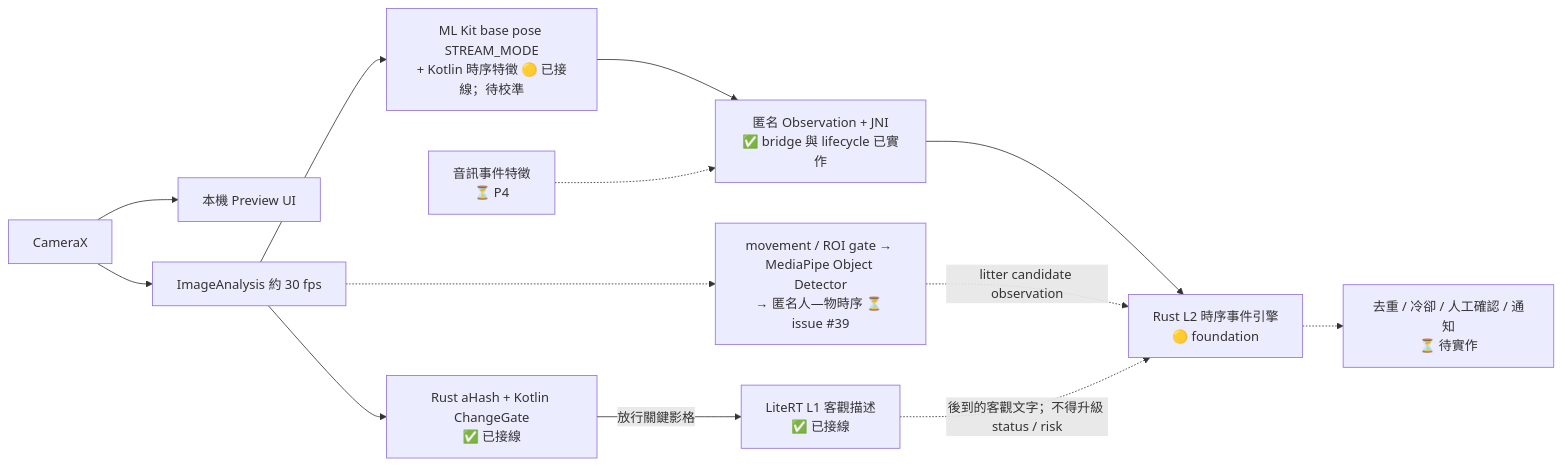
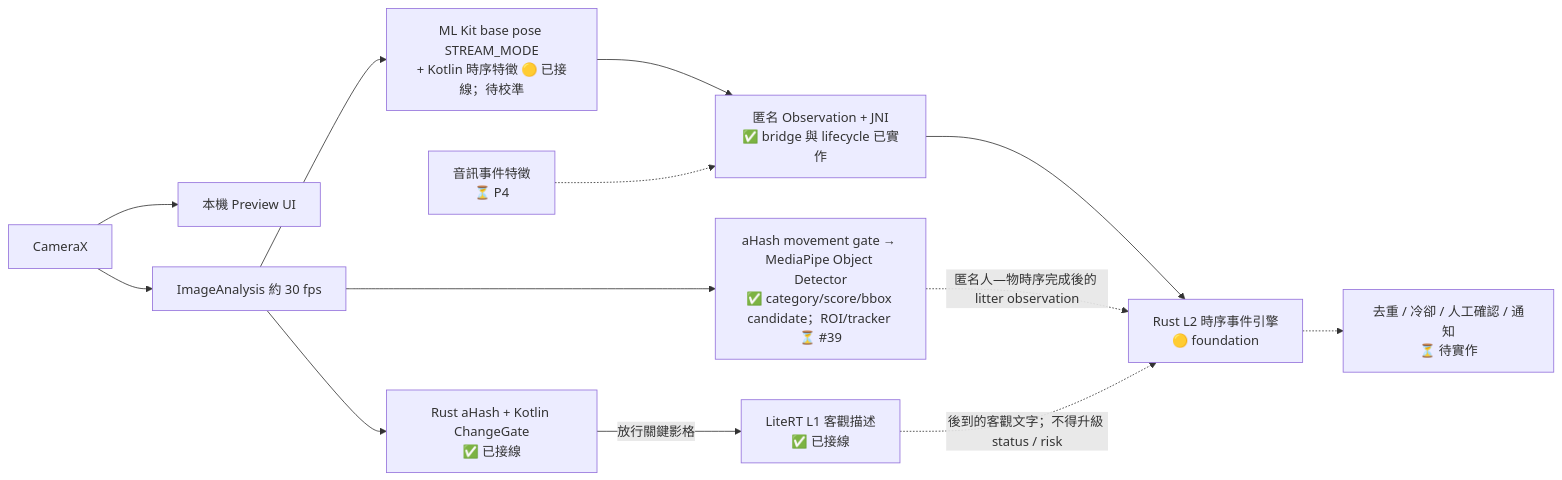
The second of 4 diagrams in README.md (TingFengChou/claustrum), drawn with Mermaid before and after one commit. The commit also changed other lines of this file and 31 other files, not shown here.

First line of the commit message:
feat(android): add gated MediaPipe object candidates (#43)

````diff
--- a/README.md
+++ b/README.md
@@ -127,25 +132,25 @@
 ```mermaid
 flowchart LR
   CAM["CameraX"]
   PREVIEW["本機 Preview UI"]
   IA["ImageAnalysis 約 30 fps"]
   L0["Rust aHash + Kotlin ChangeGate<br/>✅ 已接線"]
   L1["LiteRT L1 客觀描述<br/>✅ 已接線"]
   EXT["ML Kit base pose STREAM_MODE<br/>+ Kotlin 時序特徵 🟡 已接線；待校準"]
-  OBJ["movement / ROI gate → MediaPipe Object Detector<br/>→ 匿名人—物時序 ⏳ issue #39"]
+  OBJ["aHash movement gate → MediaPipe Object Detector<br/>✅ category/score/bbox candidate；ROI/tracker ⏳ #39"]
   OBS["匿名 Observation + JNI<br/>✅ bridge 與 lifecycle 已實作"]
   L2["Rust L2 時序事件引擎<br/>🟡 foundation"]
   POLICY["去重 / 冷卻 / 人工確認 / 通知<br/>⏳ 待實作"]
   AUDIO["音訊事件特徵<br/>⏳ P4"]
 
   CAM --> PREVIEW
   CAM --> IA --> L0 -->|"放行關鍵影格"| L1
   IA --> EXT
-  IA -.-> OBJ
+  IA --> OBJ
   EXT --> OBS
   OBS --> L2
-  OBJ -.->|"litter candidate observation"| L2
+  OBJ -.->|"匿名人—物時序完成後的 litter observation"| L2
   L2 -.-> POLICY
   AUDIO -.-> OBS
   L1 -.->|"後到的客觀文字；不得升級 status / risk"| L2
 ```
````
